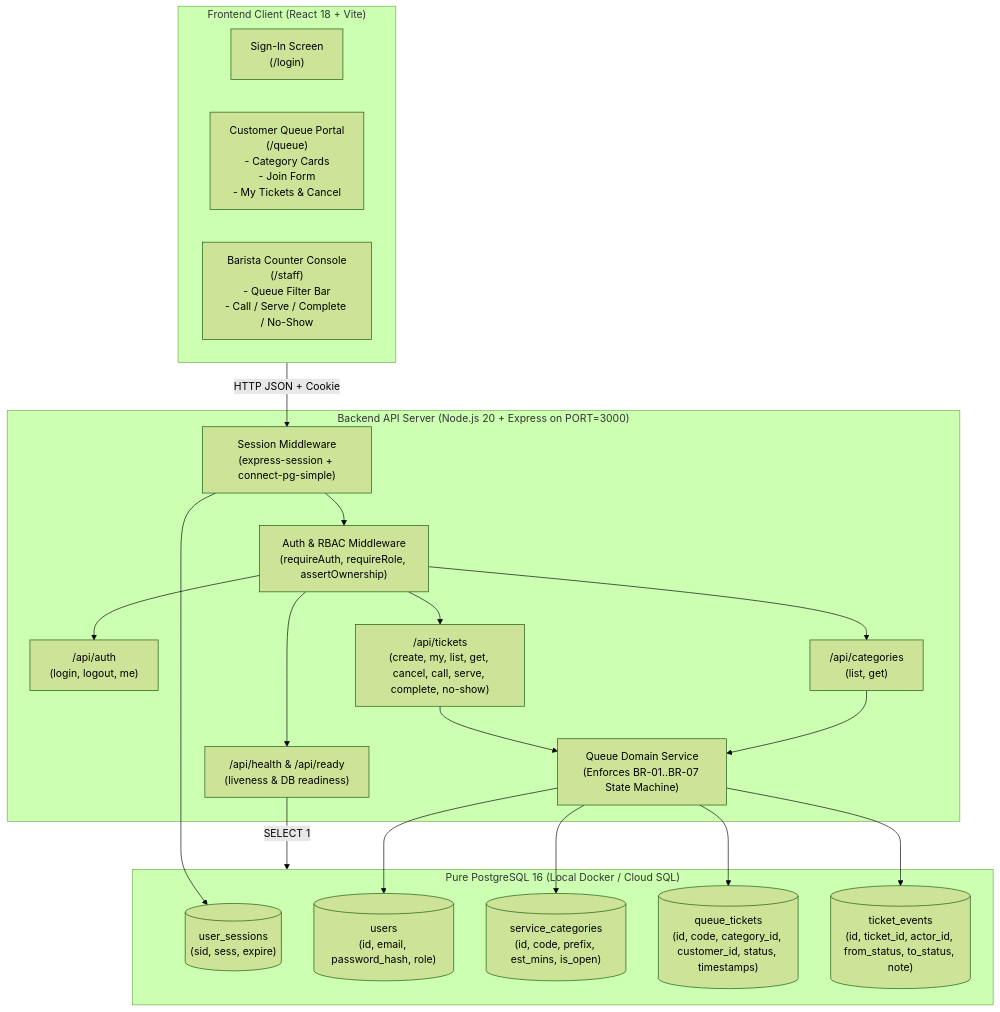
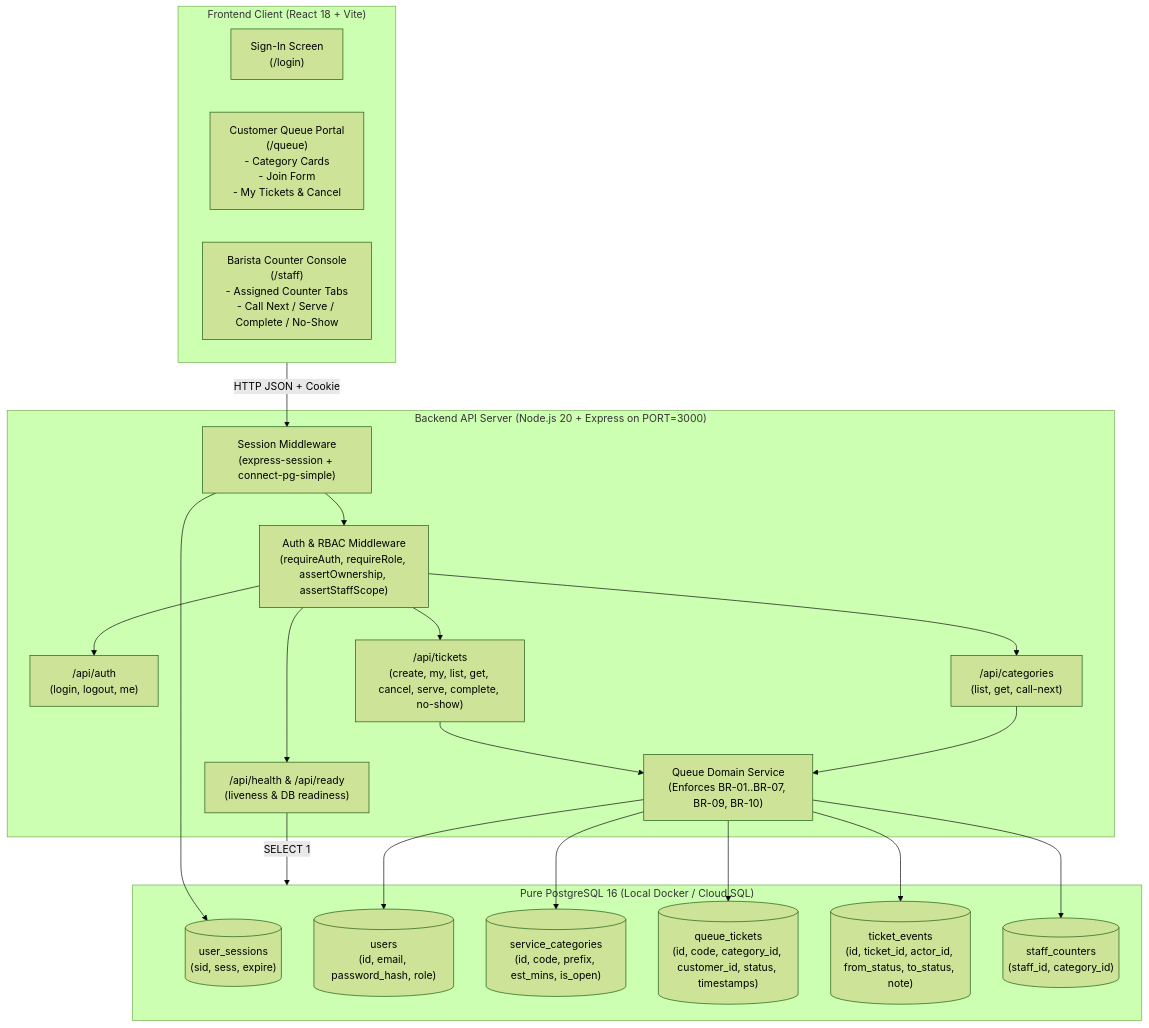
One commit to MANGKONYOK/cafe-queue-services changed the first of 2 diagrams in docs/system-sds.md. Above: the diagram before and after it, drawn with Mermaid (forest theme). The commit also changed other lines of this file and 8 other files, not shown here.

````diff
--- a/docs/system-sds.md
+++ b/docs/system-sds.md
@@ -10,46 +10,48 @@
 ```mermaid
 flowchart TD
     subgraph Client["Frontend Client (React 18 + Vite)"]
         UI_Login["Sign-In Screen\n(/login)"]
         UI_Customer["Customer Queue Portal\n(/queue)\n- Category Cards\n- Join Form\n- My Tickets & Cancel"]
-        UI_Staff["Barista Counter Console\n(/staff)\n- Queue Filter Bar\n- Call / Serve / Complete / No-Show"]
+        UI_Staff["Barista Counter Console\n(/staff)\n- Assigned Counter Tabs\n- Call Next / Serve / Complete / No-Show"]
     end
 
     subgraph Server["Backend API Server (Node.js 20 + Express on PORT=3000)"]
         MW_Session["Session Middleware\n(express-session + connect-pg-simple)"]
-        MW_Auth["Auth & RBAC Middleware\n(requireAuth, requireRole, assertOwnership)"]
+        MW_Auth["Auth & RBAC Middleware\n(requireAuth, requireRole, assertOwnership, assertStaffScope)"]
         
         Router_Auth["/api/auth\n(login, logout, me)"]
-        Router_Cat["/api/categories\n(list, get)"]
-        Router_Ticket["/api/tickets\n(create, my, list, get, cancel, call, serve, complete, no-show)"]
+        Router_Cat["/api/categories\n(list, get, call-next)"]
+        Router_Ticket["/api/tickets\n(create, my, list, get, cancel, serve, complete, no-show)"]
         Router_Health["/api/health & /api/ready\n(liveness & DB readiness)"]
         
-        SVC_Queue["Queue Domain Service\n(Enforces BR-01..BR-07 State Machine)"]
+        SVC_Queue["Queue Domain Service\n(Enforces BR-01..BR-07, BR-09, BR-10)"]
     end
 
     subgraph Database["Pure PostgreSQL 16 (Local Docker / Cloud SQL)"]
         DB_Sessions[("user_sessions\n(sid, sess, expire)")]
         DB_Users[("users\n(id, email, password_hash, role)")]
         DB_Categories[("service_categories\n(id, code, prefix, est_mins, is_open)")]
         DB_Tickets[("queue_tickets\n(id, code, category_id, customer_id, status, timestamps)")]
         DB_Events[("ticket_events\n(id, ticket_id, actor_id, from_status, to_status, note)")]
+        DB_Staff[("staff_counters\n(staff_id, category_id)")]
     end
 
     Client -->|HTTP JSON + Cookie| MW_Session
     MW_Session --> DB_Sessions
     MW_Session --> MW_Auth
     
     MW_Auth --> Router_Auth
     MW_Auth --> Router_Cat
     MW_Auth --> Router_Ticket
     MW_Auth --> Router_Health
     
     Router_Ticket --> SVC_Queue
     Router_Cat --> SVC_Queue
     
     SVC_Queue --> DB_Users
     SVC_Queue --> DB_Categories
     SVC_Queue --> DB_Tickets
     SVC_Queue --> DB_Events
+    SVC_Queue --> DB_Staff
     Router_Health -->|SELECT 1| Database
 ```
````
